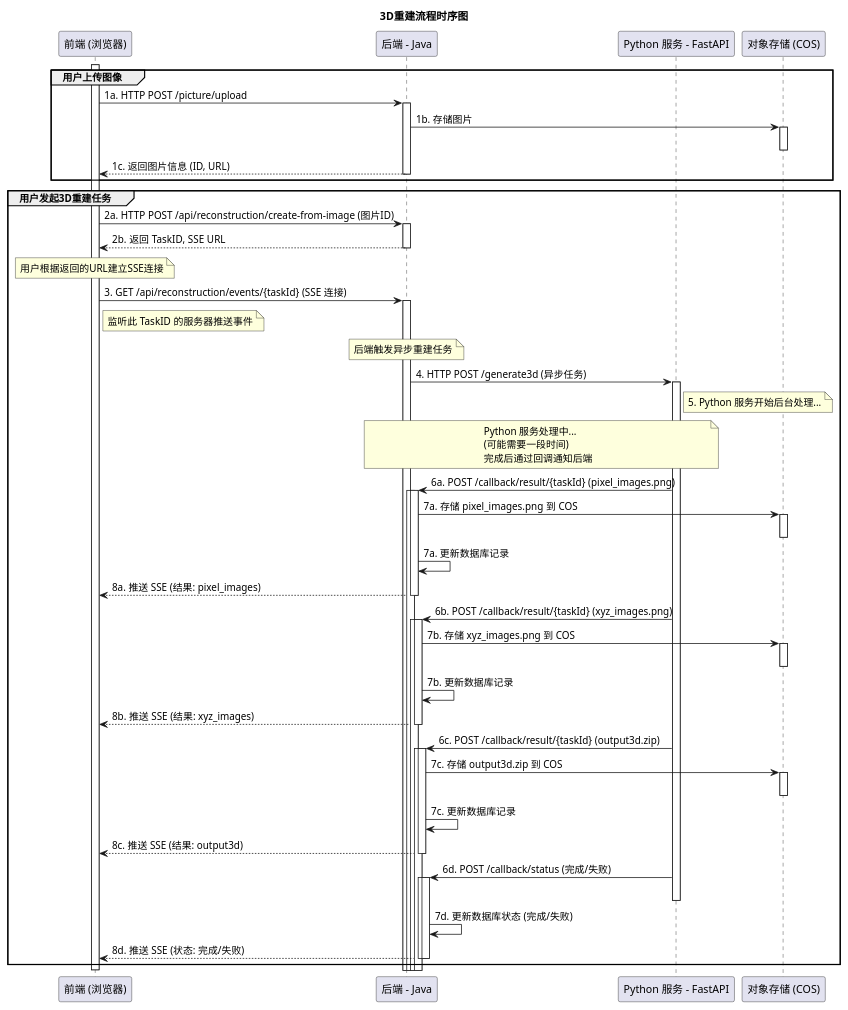
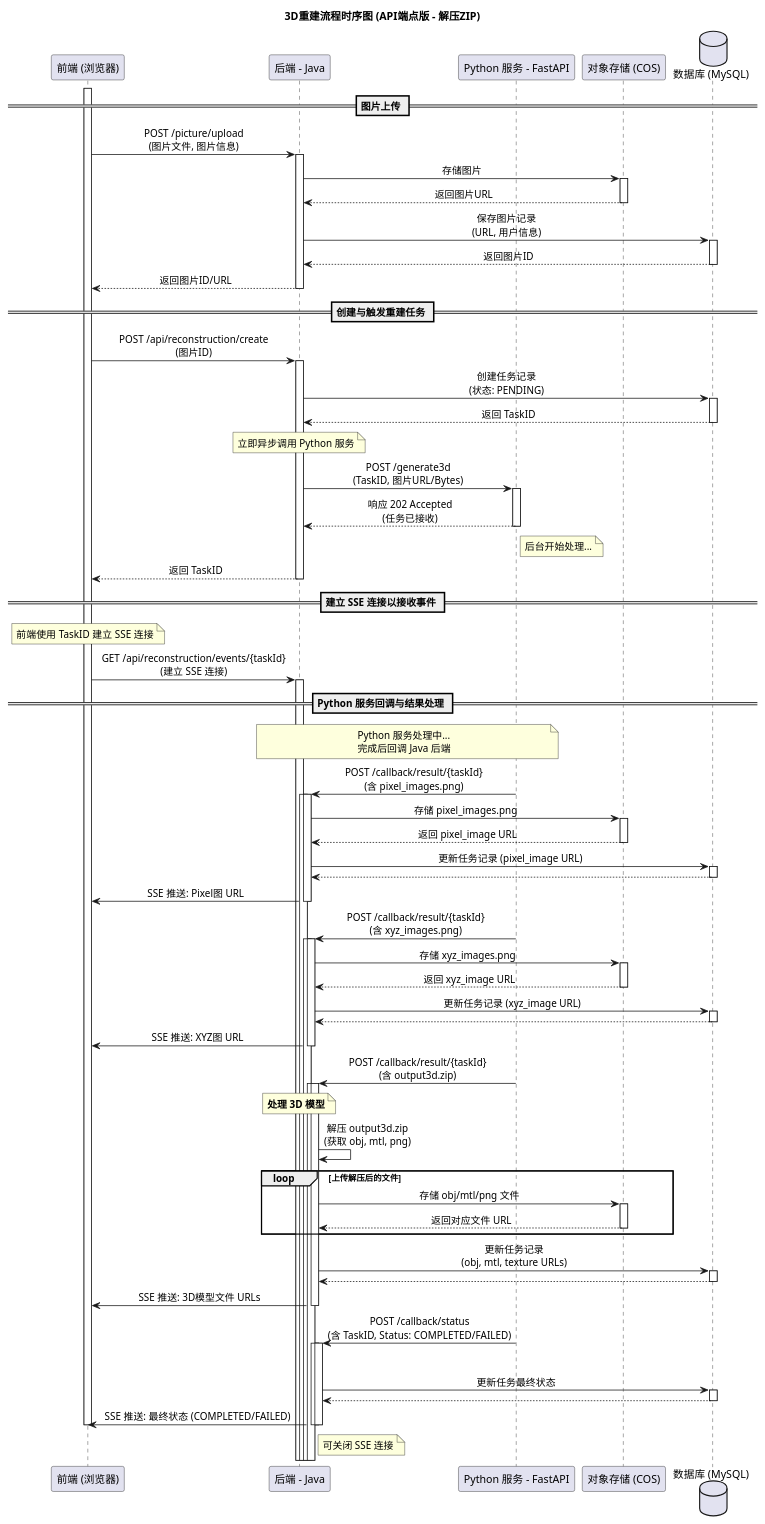
The diagram in src/main/resources/3DReconstruction.puml (Rvioleck/3D-Lab-Data-Factory), drawn with PlantUML before and after one commit. The commit also changed 64 other files, not shown here.

First line of the commit message:
docs(3D-Reconstruction): 更新设计文档和时序图

```diff
--- a/src/main/resources/3DReconstruction.puml
+++ b/src/main/resources/3DReconstruction.puml
@@ -1,71 +1,85 @@
 @startuml
-title 3D重建流程时序图
+title 3D重建流程时序图 (API端点版 - 解压ZIP)
 
 participant "前端 (浏览器)" as Frontend
 participant "后端 - Java" as BackendJava
 participant "Python 服务 - FastAPI" as PythonService
 participant "对象存储 (COS)" as ObjectStorage
+database "数据库 (MySQL)" as Database
+
+skinparam sequenceMessageAlign center
 
 activate Frontend
 
-group 用户上传图像
-    Frontend -> BackendJava ++ : 1a. HTTP POST /picture/upload
-    BackendJava -> ObjectStorage ++ : 1b. 存储图片
-    deactivate ObjectStorage
-    BackendJava --> Frontend -- : 1c. 返回图片信息 (ID, URL)
+== 图片上传 ==
+Frontend -> BackendJava ++ : POST /picture/upload\n(图片文件, 图片信息)
+BackendJava -> ObjectStorage ++ : 存储图片
+ObjectStorage --> BackendJava -- : 返回图片URL
+BackendJava -> Database ++ : 保存图片记录\n(URL, 用户信息)
+Database --> BackendJava -- : 返回图片ID
+BackendJava --> Frontend -- : 返回图片ID/URL
+
+== 创建与触发重建任务 ==
+Frontend -> BackendJava ++ : POST /api/reconstruction/create\n(图片ID)
+BackendJava -> Database ++ : 创建任务记录\n(状态: PENDING)
+Database --> BackendJava -- : 返回 TaskID
+
+note over BackendJava : 立即异步调用 Python 服务
+BackendJava -> PythonService ++ : POST /generate3d\n(TaskID, 图片URL/Bytes)
+PythonService --> BackendJava -- : 响应 202 Accepted\n(任务已接收)
+note right of PythonService : 后台开始处理...
+
+' 任务已接收，后端返回 TaskID 给前端
+BackendJava --> Frontend -- : 返回 TaskID
+
+== 建立 SSE 连接以接收事件 ==
+note over Frontend : 前端使用 TaskID 建立 SSE 连接
+Frontend -> BackendJava ++ : GET /api/reconstruction/events/{taskId}\n(建立 SSE 连接)
+' 后端保持连接，准备推送事件
+
+== Python 服务回调与结果处理 ==
+note over PythonService, BackendJava : Python 服务处理中...\n完成后回调 Java 后端
+
+PythonService -> BackendJava ++ : POST /callback/result/{taskId}\n(含 pixel_images.png)
+activate BackendJava
+BackendJava -> ObjectStorage ++ : 存储 pixel_images.png
+ObjectStorage --> BackendJava -- : 返回 pixel_image URL
+BackendJava -> Database ++ : 更新任务记录 (pixel_image URL)
+Database --> BackendJava --
+BackendJava -> Frontend : SSE 推送: Pixel图 URL
+deactivate BackendJava
+
+PythonService -> BackendJava ++ : POST /callback/result/{taskId}\n(含 xyz_images.png)
+activate BackendJava
+BackendJava -> ObjectStorage ++ : 存储 xyz_images.png
+ObjectStorage --> BackendJava -- : 返回 xyz_image URL
+BackendJava -> Database ++ : 更新任务记录 (xyz_image URL)
+Database --> BackendJava --
+BackendJava -> Frontend : SSE 推送: XYZ图 URL
+deactivate BackendJava
+
+PythonService -> BackendJava ++ : POST /callback/result/{taskId}\n(含 output3d.zip)
+activate BackendJava
+note over BackendJava : **处理 3D 模型**
+BackendJava -> BackendJava : 解压 output3d.zip\n(获取 obj, mtl, png)
+loop 上传解压后的文件
+    BackendJava -> ObjectStorage ++ : 存储 obj/mtl/png 文件
+    ObjectStorage --> BackendJava -- : 返回对应文件 URL
 end
+BackendJava -> Database ++ : 更新任务记录\n(obj, mtl, texture URLs)
+Database --> BackendJava --
+BackendJava -> Frontend : SSE 推送: 3D模型文件 URLs
+deactivate BackendJava
 
-group 用户发起3D重建任务
-    Frontend -> BackendJava ++ : 2a. HTTP POST /api/reconstruction/create-from-image (图片ID)
-    BackendJava --> Frontend -- : 2b. 返回 TaskID, SSE URL
-
-    note over Frontend : 用户根据返回的URL建立SSE连接
-    Frontend -> BackendJava ++ : 3. GET /api/reconstruction/events/{taskId} (SSE 连接)
-    note right of Frontend : 监听此 TaskID 的服务器推送事件
-
-    note over BackendJava : 后端触发异步重建任务
-    BackendJava -> PythonService ++ : 4. HTTP POST /generate3d (异步任务)
-    ' Python 服务立即响应，并在后台开始处理
-    ' BackendJava 保持对 Frontend 的 SSE 连接活跃
-    note right of PythonService : 5. Python 服务开始后台处理...
-
-    ' --- 后续为 Python 服务处理完成后的异步回调 ---
-    note over PythonService, BackendJava : Python 服务处理中...\n(可能需要一段时间)\n完成后通过回调通知后端
-
-    PythonService -> BackendJava ++ : 6a. POST /callback/result/{taskId} (pixel_images.png)
-    activate BackendJava
-    BackendJava -> ObjectStorage ++ : 7a. 存储 pixel_images.png 到 COS
-    deactivate ObjectStorage
-    BackendJava -> BackendJava : 7a. 更新数据库记录
-    BackendJava --> Frontend : 8a. 推送 SSE (结果: pixel_images)
-    deactivate BackendJava
-
-    PythonService -> BackendJava ++ : 6b. POST /callback/result/{taskId} (xyz_images.png)
-    activate BackendJava
-    BackendJava -> ObjectStorage ++ : 7b. 存储 xyz_images.png 到 COS
-    deactivate ObjectStorage
-    BackendJava -> BackendJava : 7b. 更新数据库记录
-    BackendJava --> Frontend : 8b. 推送 SSE (结果: xyz_images)
-    deactivate BackendJava
-
-    PythonService -> BackendJava ++ : 6c. POST /callback/result/{taskId} (output3d.zip)
-    activate BackendJava
-    BackendJava -> ObjectStorage ++ : 7c. 存储 output3d.zip 到 COS
-    deactivate ObjectStorage
-    BackendJava -> BackendJava : 7c. 更新数据库记录
-    BackendJava --> Frontend : 8c. 推送 SSE (结果: output3d)
-    deactivate BackendJava
-
-    PythonService -> BackendJava ++ : 6d. POST /callback/status (完成/失败)
-    deactivate PythonService
-    activate BackendJava
-    BackendJava -> BackendJava : 7d. 更新数据库状态 (完成/失败)
-    BackendJava --> Frontend -- : 8d. 推送 SSE (状态: 完成/失败)
-    ' 后端此时可能关闭与此任务相关的SSE连接，或等待前端断开
-    deactivate BackendJava
-    ' 前端收到最终状态后可能关闭SSE连接
-end
+PythonService -> BackendJava ++ : POST /callback/status\n(含 TaskID, Status: COMPLETED/FAILED)
+deactivate PythonService
+activate BackendJava
+BackendJava -> Database ++ : 更新任务最终状态
+Database --> BackendJava --
+BackendJava -> Frontend -- : SSE 推送: 最终状态 (COMPLETED/FAILED)
+note right of BackendJava : 可关闭 SSE 连接
+deactivate BackendJava
 
 deactivate Frontend
 
 @enduml
```
